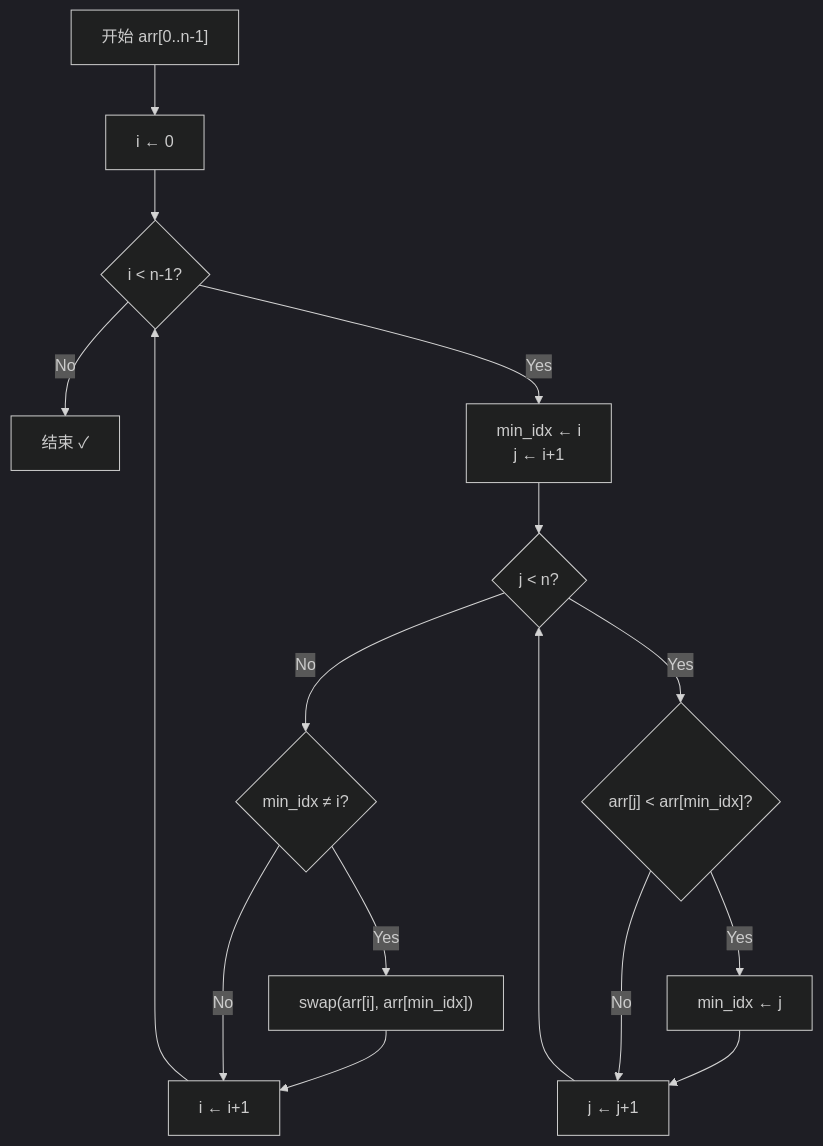
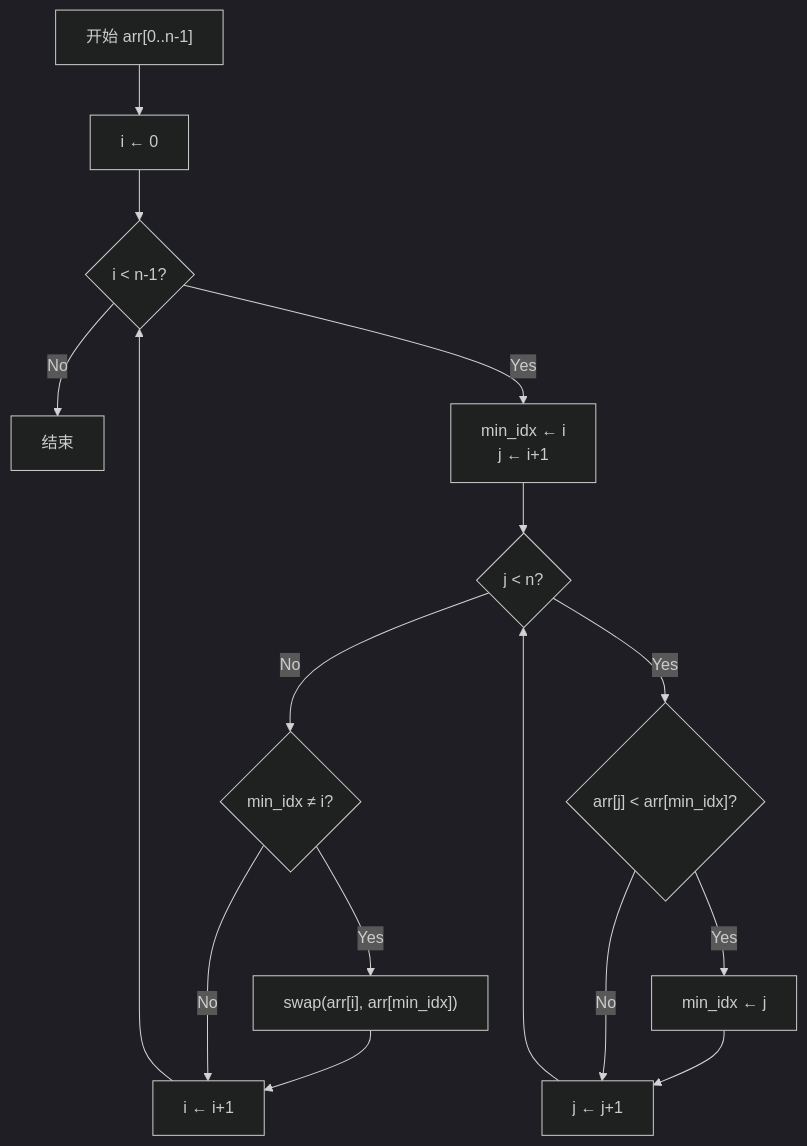
The second of 8 diagrams in 数据结构/H_排序_八大排序_Sorting.md (missercatos/RootStack), drawn with Mermaid (dark theme) before and after one commit. The commit also changed other lines of this file and 605 other files, not shown here.

````diff
--- a/数据结构/H_排序_八大排序_Sorting.md
+++ b/数据结构/H_排序_八大排序_Sorting.md
@@ -125,18 +125,18 @@
 ```mermaid
 graph TD
-    A["开始 arr[0..n-1]"] --> B["i ← 0"]
-    B --> C{"i < n-1?"}
-    C -->|No| D["结束 ✓"]
-    C -->|Yes| E["min_idx ← i\nj ← i+1"]
-    E --> F{"j < n?"}
-    F -->|No| G{"min_idx ≠ i?"}
-    G -->|Yes| H["swap(arr[i], arr[min_idx])"]
-    H --> I["i ← i+1"]
-    G -->|No| I
-    I --> C
-    F -->|Yes| J{"arr[j] < arr[min_idx]?"}
-    J -->|Yes| K["min_idx ← j"]
-    K --> L["j ← j+1"]
-    J -->|No| L
-    L --> F
+ A["开始 arr[0..n-1]"] --> B["i ← 0"]
+ B --> C{"i < n-1?"}
+ C -->|No| D["结束 "]
+ C -->|Yes| E["min_idx ← i\nj ← i+1"]
+ E --> F{"j < n?"}
+ F -->|No| G{"min_idx ≠ i?"}
+ G -->|Yes| H["swap(arr[i], arr[min_idx])"]
+ H --> I["i ← i+1"]
+ G -->|No| I
+ I --> C
+ F -->|Yes| J{"arr[j] < arr[min_idx]?"}
+ J -->|Yes| K["min_idx ← j"]
+ K --> L["j ← j+1"]
+ J -->|No| L
+ L --> F
 ```
````
